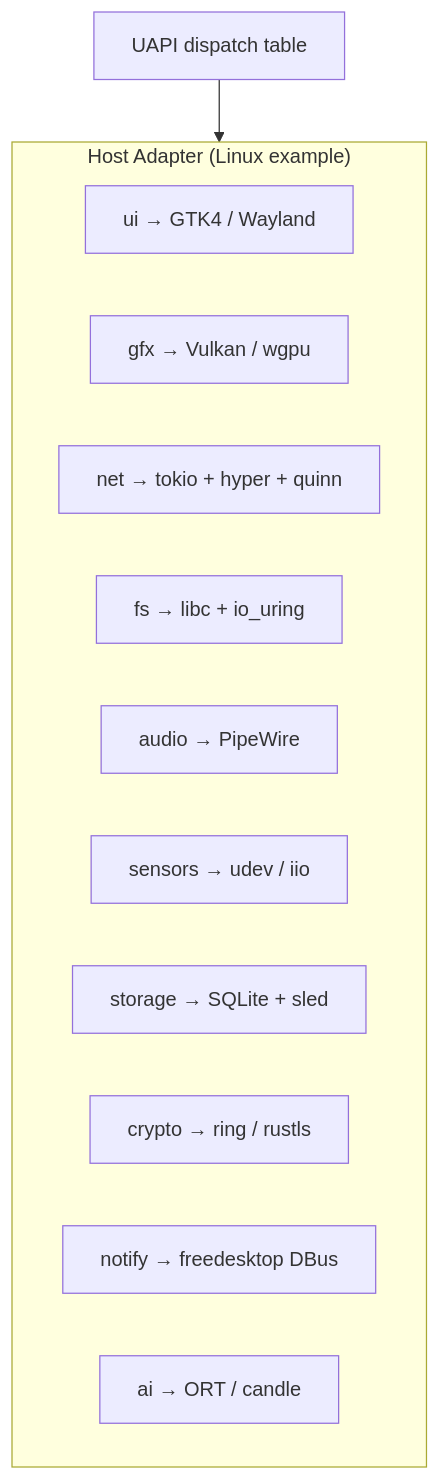
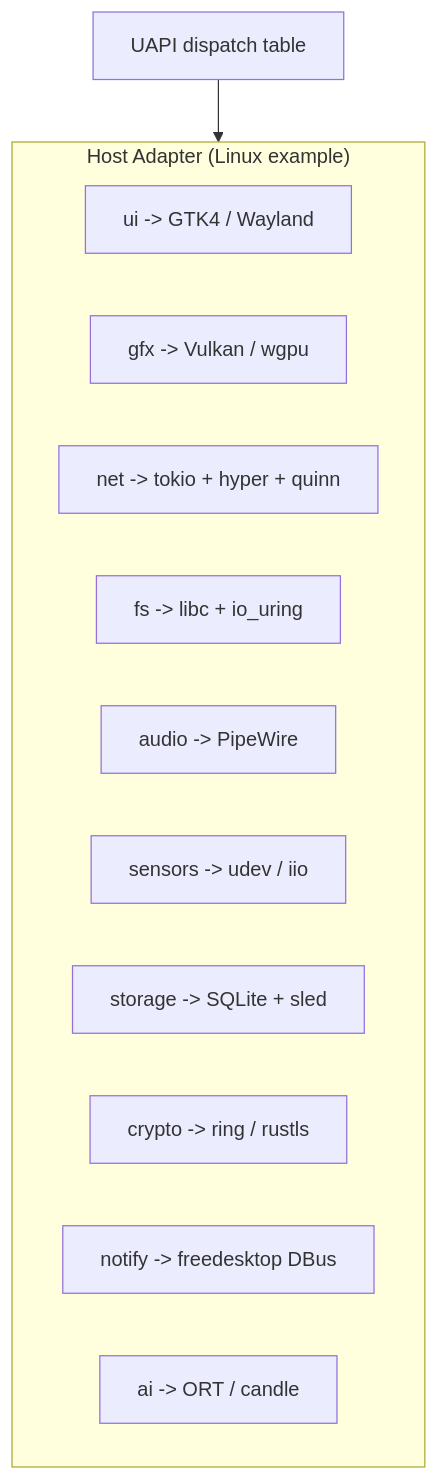
Before and after one commit to incyashraj/layer6x6: the sixth of 10 diagrams in Plan/Build-Plan.md, drawn with Mermaid. The commit also changed other lines of this file and 29 other files, not shown here.

Commit message:
docs: make roadmap and status human

````diff
--- a/Plan/Build-Plan.md
+++ b/Plan/Build-Plan.md
@@ -354,18 +354,18 @@
 ```mermaid
 flowchart TB
     subgraph HA["Host Adapter (Linux example)"]
         direction LR
-        UI_L[ui → GTK4 / Wayland]
-        GFX_L[gfx → Vulkan / wgpu]
-        NET_L[net → tokio + hyper + quinn]
-        FS_L[fs → libc + io_uring]
-        AUDIO_L[audio → PipeWire]
-        SENS_L[sensors → udev / iio]
-        STOR_L[storage → SQLite + sled]
-        CRYPTO_L[crypto → ring / rustls]
-        NOTIFY_L[notify → freedesktop DBus]
-        AI_L[ai → ORT / candle]
+        UI_L[ui -> GTK4 / Wayland]
+        GFX_L[gfx -> Vulkan / wgpu]
+        NET_L[net -> tokio + hyper + quinn]
+        FS_L[fs -> libc + io_uring]
+        AUDIO_L[audio -> PipeWire]
+        SENS_L[sensors -> udev / iio]
+        STOR_L[storage -> SQLite + sled]
+        CRYPTO_L[crypto -> ring / rustls]
+        NOTIFY_L[notify -> freedesktop DBus]
+        AI_L[ai -> ORT / candle]
     end
 
     UAPI[UAPI dispatch table] --> HA
 ```
````
